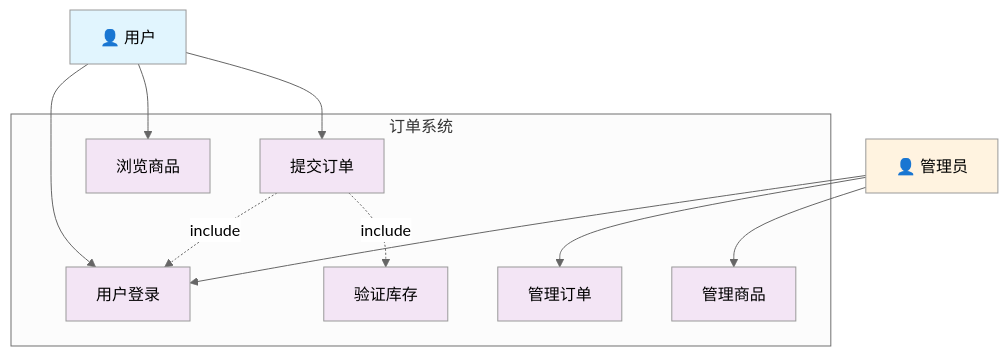
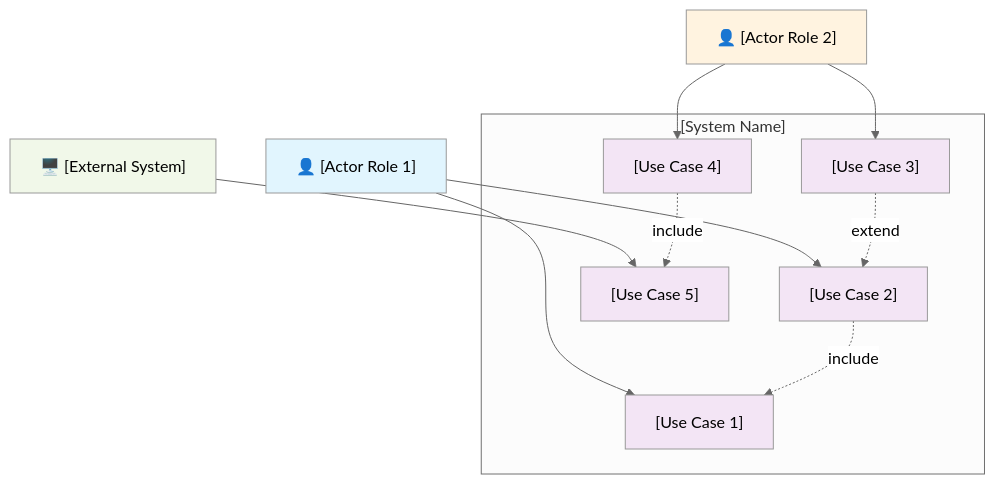
One commit to TestAny-io/srs-writer-plugin changed the diagram in .templates/use_case/use_case_template.md. Above: the diagram before and after it, drawn with Mermaid (neutral theme). The commit also changed other lines of this file and 10 other files, not shown here.

````diff
--- a/.templates/use_case/use_case_template.md
+++ b/.templates/use_case/use_case_template.md
@@ -5,33 +5,33 @@
 ```mermaid
 graph TD
-    User["👤 用户"]
-    Admin["👤 管理员"]
-    
-    subgraph "订单系统"
-        UC1["用户登录"]
-        UC2["浏览商品"]
-        UC3["提交订单"]
-        UC4["验证库存"]
-        UC5["管理订单"]
-        UC6["管理商品"]
+    Actor1["👤 [Actor Role 1]"]
+    Actor2["👤 [Actor Role 2]"]
+    System["🖥️ [External System]"]
+
+    subgraph "[System Name]"
+        UC1["[Use Case 1]"]
+        UC2["[Use Case 2]"]
+        UC3["[Use Case 3]"]
+        UC4["[Use Case 4]"]
+        UC5["[Use Case 5]"]
     end
-    
-    User --> UC1
-    User --> UC2
-    User --> UC3
-    Admin --> UC1
-    Admin --> UC5
-    Admin --> UC6
-    
-    UC3 -.->|include| UC1
-    UC3 -.->|include| UC4
-    
-    style User fill:#e1f5fe
-    style Admin fill:#fff3e0
+
+    Actor1 --> UC1
+    Actor1 --> UC2
+    Actor2 --> UC3
+    Actor2 --> UC4
+    System --> UC5
+
+    UC2 -.->|include| UC1
+    UC3 -.->|extend| UC2
+    UC4 -.->|include| UC5
+
+    style Actor1 fill:#e1f5fe
+    style Actor2 fill:#fff3e0
+    style System fill:#f1f8e9
     style UC1 fill:#f3e5f5
     style UC2 fill:#f3e5f5
     style UC3 fill:#f3e5f5
     style UC4 fill:#f3e5f5
     style UC5 fill:#f3e5f5
-    style UC6 fill:#f3e5f5
 ```
````
